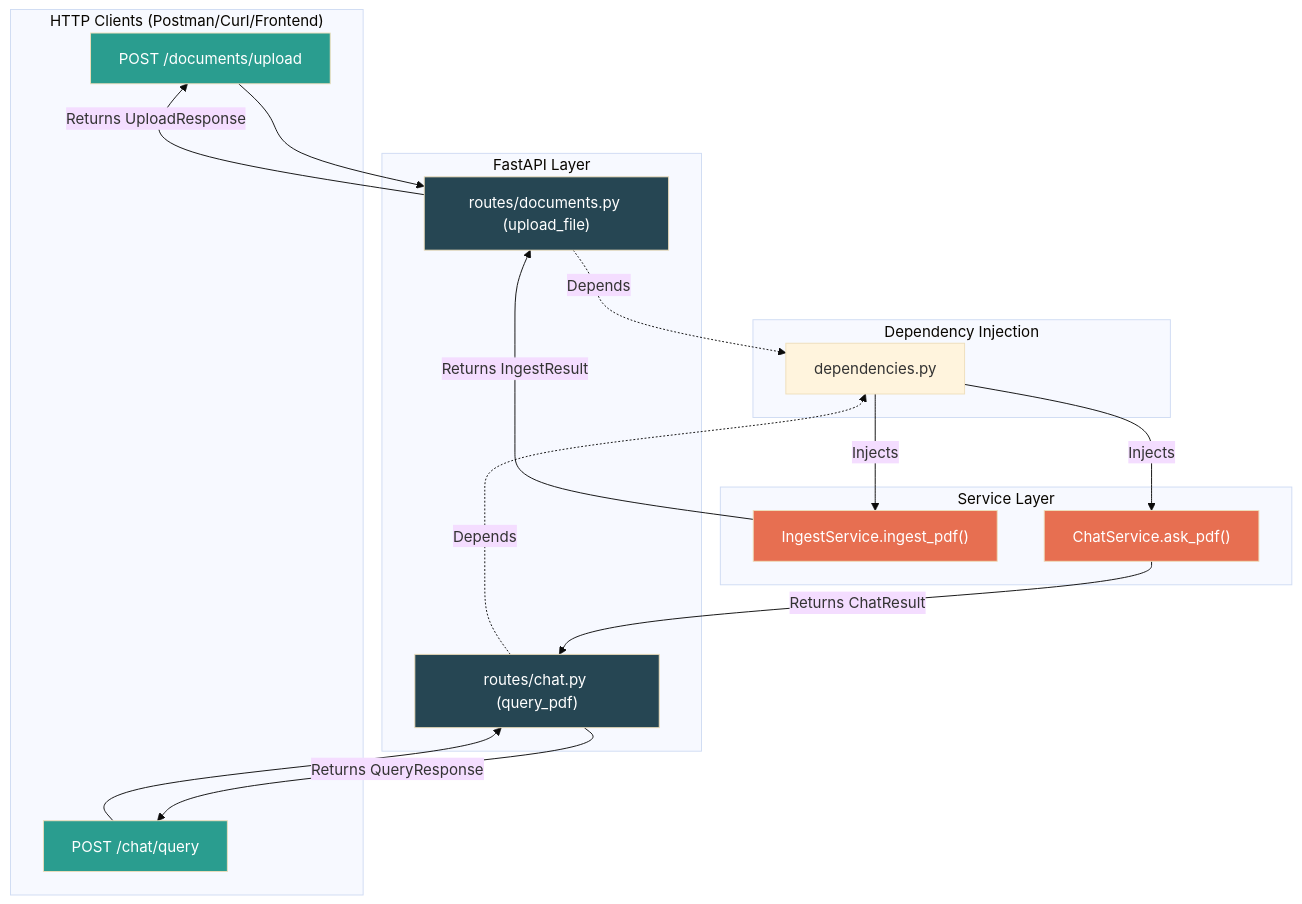
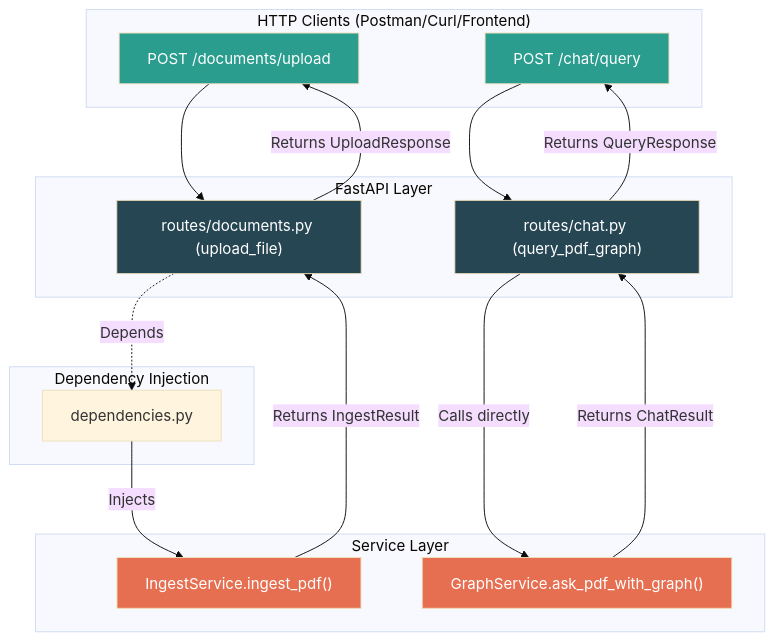
One commit to hasnatsakil/agentic-rag-service changed the third of 5 diagrams in README.md. Above: the diagram before and after it, drawn with Mermaid (base theme). The commit also changed other lines of this file, not shown here.

````diff
--- a/README.md
+++ b/README.md
@@ -162,43 +145,42 @@
 ```mermaid
 flowchart TD
     subgraph Client["HTTP Clients (Postman/Curl/Frontend)"]
         C1["POST /documents/upload"]
         C2["POST /chat/query"]
     end
 
     subgraph API["FastAPI Layer"]
         R_DOC["routes/documents.py (upload_file)"]
-        R_CHAT["routes/chat.py (query_pdf)"]
+        R_CHAT["routes/chat.py (query_pdf_graph)"]
     end
 
     subgraph DI["Dependency Injection"]
         D1["dependencies.py"]
     end
 
     subgraph Services["Service Layer"]
         IS["IngestService.ingest_pdf()"]
-        CS["ChatService.ask_pdf()"]
+        GS["GraphService.ask_pdf_with_graph()"]
     end
 
     C1 --> R_DOC
     C2 --> R_CHAT
 
     R_DOC -.->|Depends| D1
-    R_CHAT -.->|Depends| D1
     
     D1 -->|Injects| IS
-    D1 -->|Injects| CS
 
     IS -->|Returns IngestResult| R_DOC
-    CS -->|Returns ChatResult| R_CHAT
+    R_CHAT -->|Calls directly| GS
+    GS -->|Returns ChatResult| R_CHAT
 
     R_DOC -->|Returns UploadResponse| C1
     R_CHAT -->|Returns QueryResponse| C2
 
     style C1 fill:#2a9d8f,color:#fff
     style C2 fill:#2a9d8f,color:#fff
     style R_DOC fill:#264653,color:#fff
     style R_CHAT fill:#264653,color:#fff
     style IS fill:#e76f51,color:#fff
-    style CS fill:#e76f51,color:#fff
+    style GS fill:#e76f51,color:#fff
 ```
````
